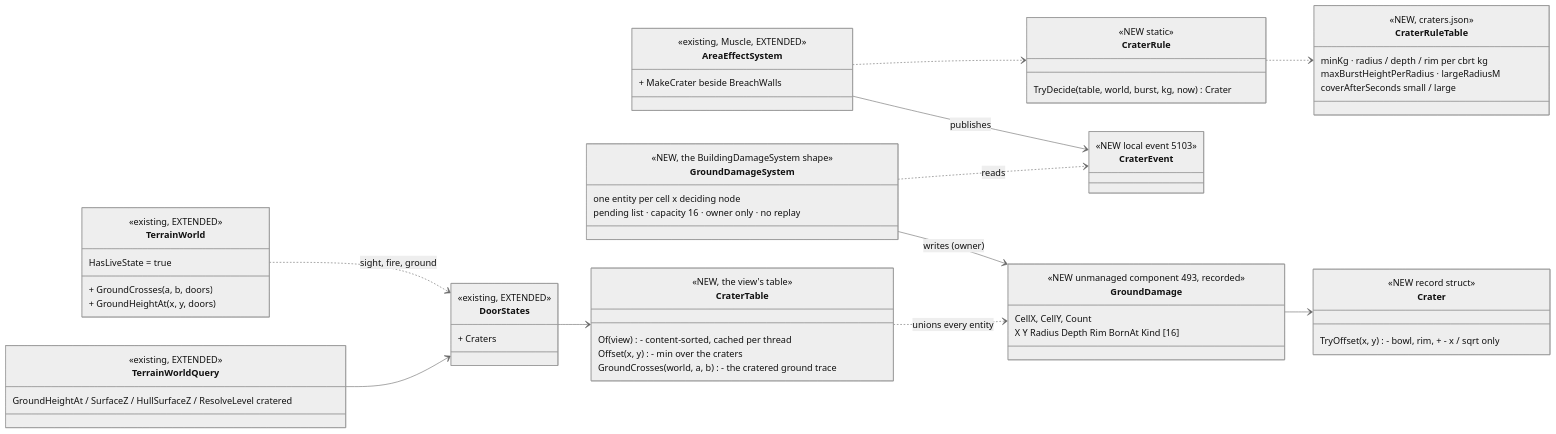
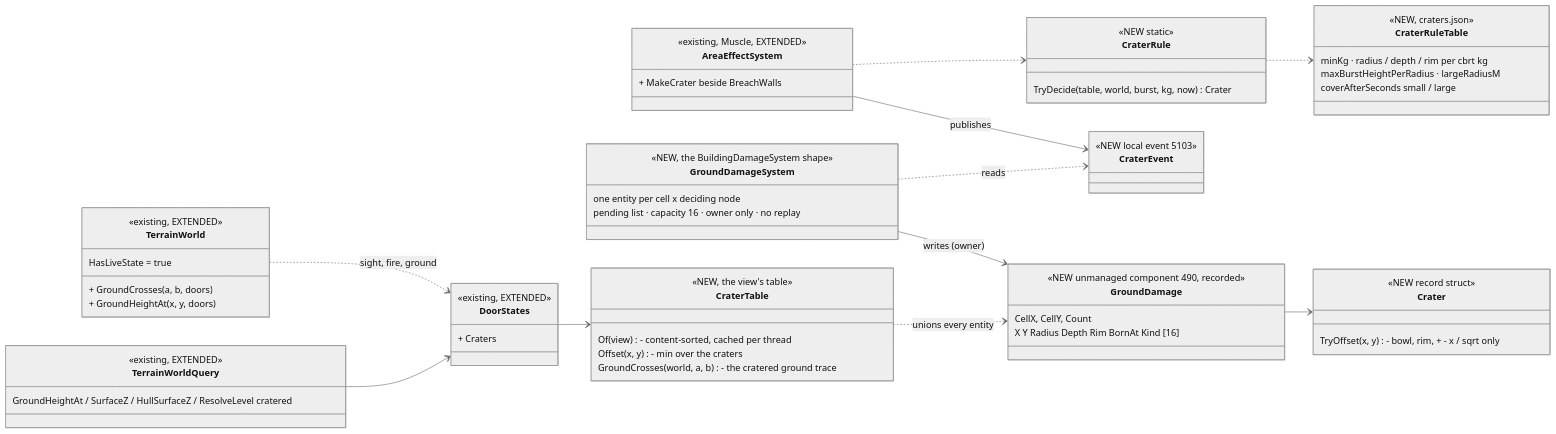
The tenth of 13 diagrams in docs/DESIGN_Ground_Patches_And_Road_Blockage.md (pjanec/HROT), drawn with Mermaid (neutral theme) before and after one commit. The commit also changed other lines of this file and 9 other files, not shown here.

````diff
--- a/docs/DESIGN_Ground_Patches_And_Road_Blockage.md
+++ b/docs/DESIGN_Ground_Patches_And_Road_Blockage.md
@@ -659,65 +659,65 @@
 ```mermaid
 classDiagram
   direction LR
   class AreaEffectSystem {
     <<existing, Muscle, EXTENDED>>
     + MakeCrater beside BreachWalls
   }
   class CraterRule {
     <<NEW static>>
     TryDecide(table, world, burst, kg, now) Crater
   }
   class CraterRuleTable {
     <<NEW, craters.json>>
     minKg · radius / depth / rim per cbrt kg
     maxBurstHeightPerRadius · largeRadiusM
     coverAfterSeconds small / large
   }
   class CraterEvent {
     <<NEW local event 5103>>
   }
   class GroundDamageSystem {
     <<NEW, the BuildingDamageSystem shape>>
     one entity per cell x deciding node
     pending list · capacity 16 · owner only · no replay
   }
   class GroundDamage {
-    <<NEW unmanaged component 493, recorded>>
+    <<NEW unmanaged component 490, recorded>>
     CellX, CellY, Count
     X Y Radius Depth Rim BornAt Kind [16]
   }
   class Crater {
     <<NEW record struct>>
     TryOffset(x, y) - bowl, rim, + - x / sqrt only
   }
   class CraterTable {
     <<NEW, the view's table>>
     Of(view) - content-sorted, cached per thread
     Offset(x, y) - min over the craters
     GroundCrosses(world, a, b) - the cratered ground trace
   }
   class DoorStates {
     <<existing, EXTENDED>>
     + Craters
   }
   class TerrainWorld {
     <<existing, EXTENDED>>
     + GroundCrosses(a, b, doors)
     + GroundHeightAt(x, y, doors)
     HasLiveState = true
   }
   class TerrainWorldQuery {
     <<existing, EXTENDED>>
     GroundHeightAt / SurfaceZ / HullSurfaceZ / ResolveLevel cratered
   }
   AreaEffectSystem ..> CraterRule
   CraterRule ..> CraterRuleTable
   AreaEffectSystem --> CraterEvent : publishes
   GroundDamageSystem ..> CraterEvent : reads
   GroundDamageSystem --> GroundDamage : writes (owner)
   CraterTable ..> GroundDamage : unions every entity
   DoorStates --> CraterTable
   TerrainWorld ..> DoorStates : sight, fire, ground
   TerrainWorldQuery --> DoorStates
   GroundDamage --> Crater
 ```
````
